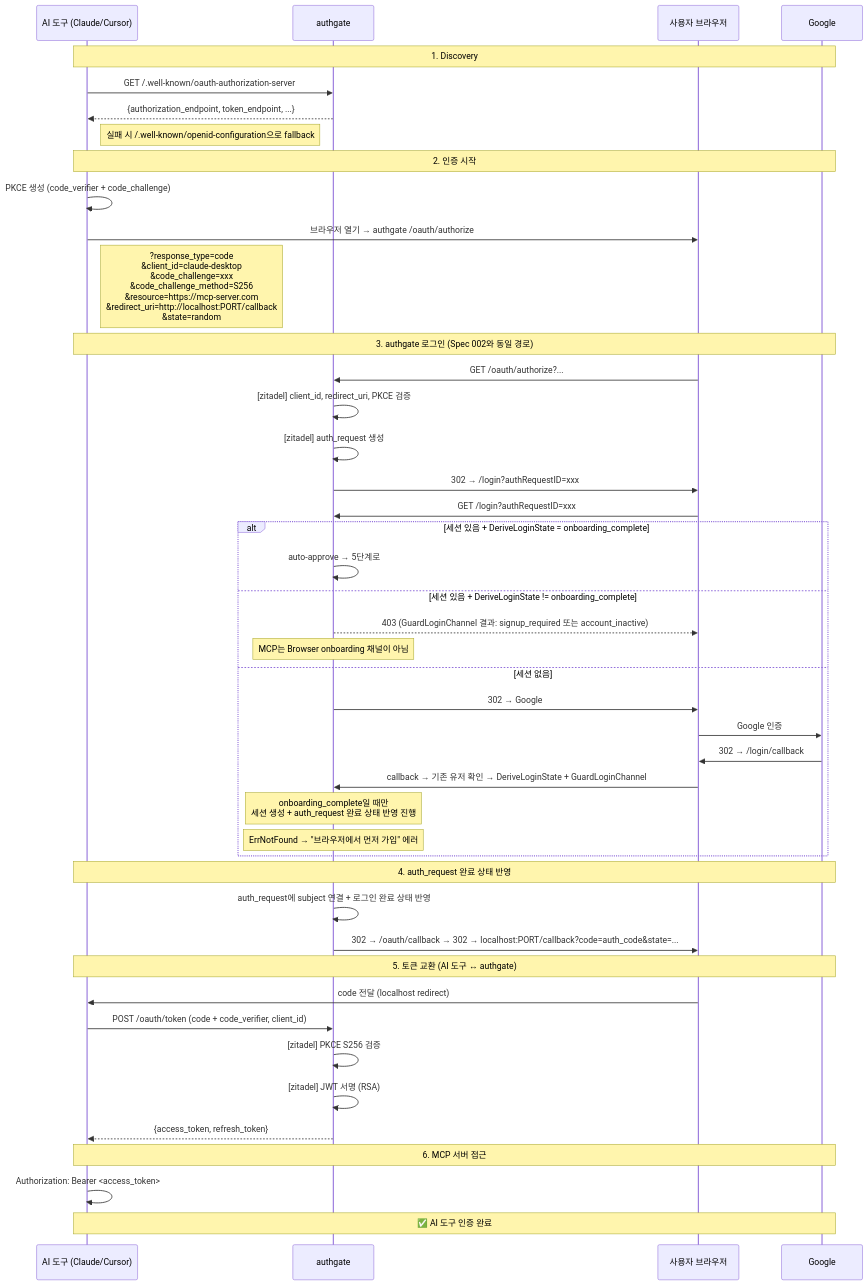
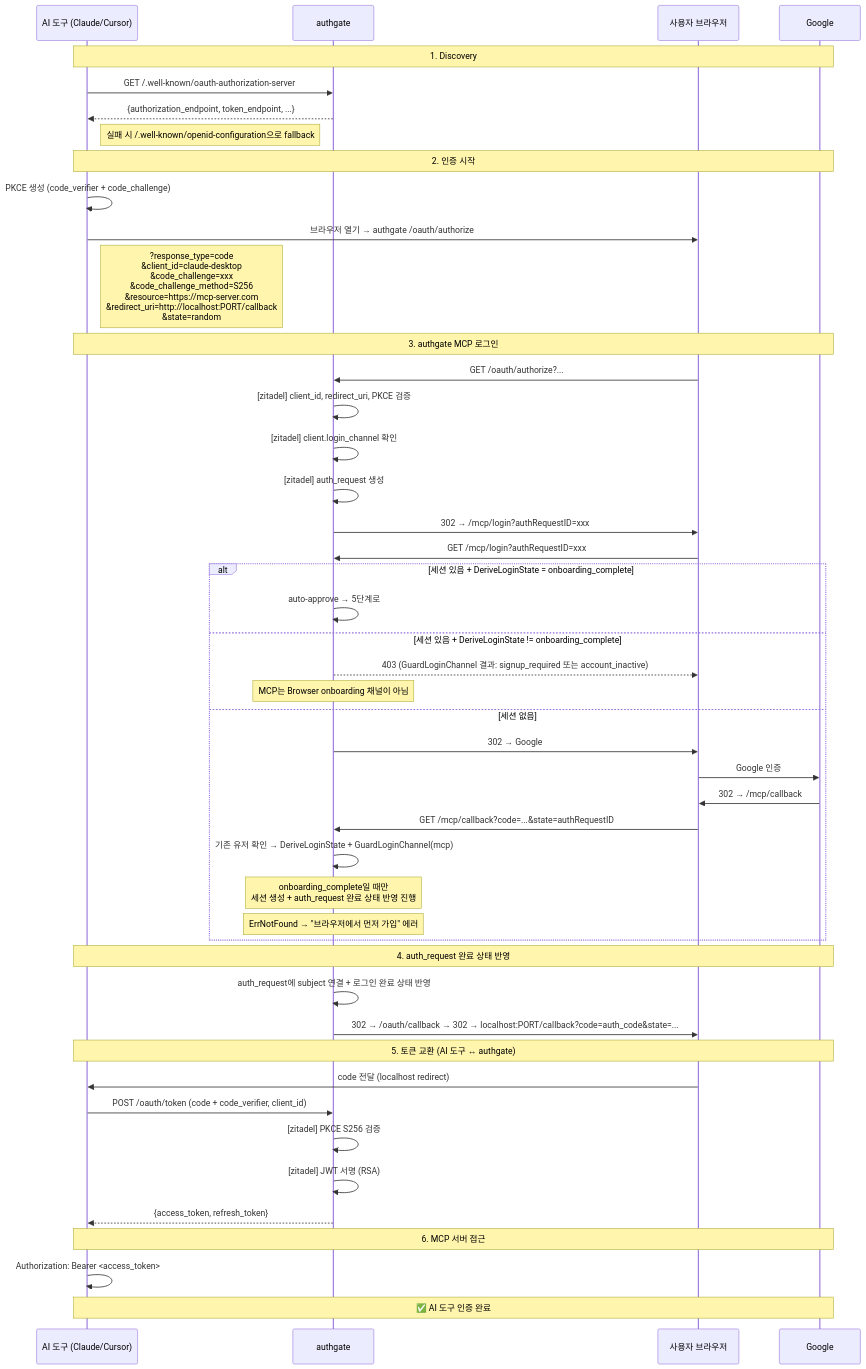
The diagram in docs/spec/004-mcp-login.md (cagojeiger/authgate), drawn with Mermaid before and after one commit. The commit also changed other lines of this file and 3559 other files, not shown here.

First line of the commit message:
feat: MCP channel separation and auth code state validation

````diff
--- a/docs/spec/004-mcp-login.md
+++ b/docs/spec/004-mcp-login.md
@@ -69,53 +78,55 @@
 ```mermaid
 sequenceDiagram
     participant AI as AI 도구 (Claude/Cursor)
     participant AG as authgate
     participant U as 사용자 브라우저
     participant G as Google
 
     Note over AI,G: 1. Discovery
     AI->>AG: GET /.well-known/oauth-authorization-server
     AG-->>AI: {authorization_endpoint, token_endpoint, ...}
     Note right of AI: 실패 시 /.well-known/openid-configuration으로 fallback
 
     Note over AI,G: 2. 인증 시작
     AI->>AI: PKCE 생성 (code_verifier + code_challenge)
     AI->>U: 브라우저 열기 → authgate /oauth/authorize
     Note right of AI: ?response_type=code<br/>&client_id=claude-desktop<br/>&code_challenge=xxx<br/>&code_challenge_method=S256<br/>&resource=https://mcp-server.com<br/>&redirect_uri=http://localhost:PORT/callback<br/>&state=random
 
-    Note over AI,G: 3. authgate 로그인 (Spec 002와 동일 경로)
+    Note over AI,G: 3. authgate MCP 로그인
     U->>AG: GET /oauth/authorize?...
     AG->>AG: [zitadel] client_id, redirect_uri, PKCE 검증
+    AG->>AG: [zitadel] client.login_channel 확인
     AG->>AG: [zitadel] auth_request 생성
-    AG->>U: 302 → /login?authRequestID=xxx
+    AG->>U: 302 → /mcp/login?authRequestID=xxx
 
-    U->>AG: GET /login?authRequestID=xxx
+    U->>AG: GET /mcp/login?authRequestID=xxx
     alt 세션 있음 + DeriveLoginState = onboarding_complete
         AG->>AG: auto-approve → 5단계로
     else 세션 있음 + DeriveLoginState != onboarding_complete
         AG-->>U: 403 (GuardLoginChannel 결과: signup_required 또는 account_inactive)
         Note over AG: MCP는 Browser onboarding 채널이 아님
     else 세션 없음
         AG->>U: 302 → Google
         U->>G: Google 인증
-        G->>U: 302 → /login/callback
-        U->>AG: callback → 기존 유저 확인 → DeriveLoginState + GuardLoginChannel
+        G->>U: 302 → /mcp/callback
+        U->>AG: GET /mcp/callback?code=...&state=authRequestID
+        AG->>AG: 기존 유저 확인 → DeriveLoginState + GuardLoginChannel(mcp)
         Note over AG: onboarding_complete일 때만<br/>세션 생성 + auth_request 완료 상태 반영 진행
         Note over AG: ErrNotFound → "브라우저에서 먼저 가입" 에러
     end
 
     Note over AI,G: 4. auth_request 완료 상태 반영
     AG->>AG: auth_request에 subject 연결 + 로그인 완료 상태 반영
     AG->>U: 302 → /oauth/callback → 302 → localhost:PORT/callback?code=auth_code&state=...
 
     Note over AI,G: 5. 토큰 교환 (AI 도구 ↔ authgate)
     U->>AI: code 전달 (localhost redirect)
     AI->>AG: POST /oauth/token (code + code_verifier, client_id)
     AG->>AG: [zitadel] PKCE S256 검증
     AG->>AG: [zitadel] JWT 서명 (RSA)
     AG-->>AI: {access_token, refresh_token}
 
     Note over AI,G: 6. MCP 서버 접근
     AI->>AI: Authorization: Bearer <access_token>
     Note over AI,G: ✅ AI 도구 인증 완료
 ```
````
